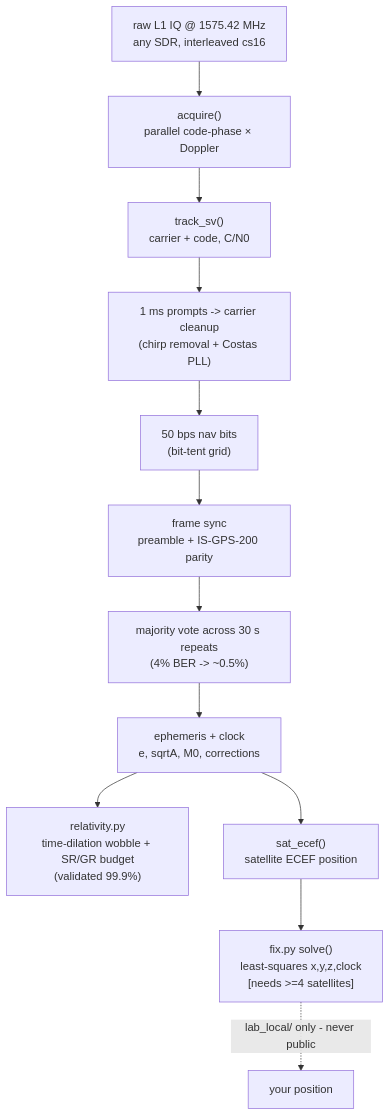
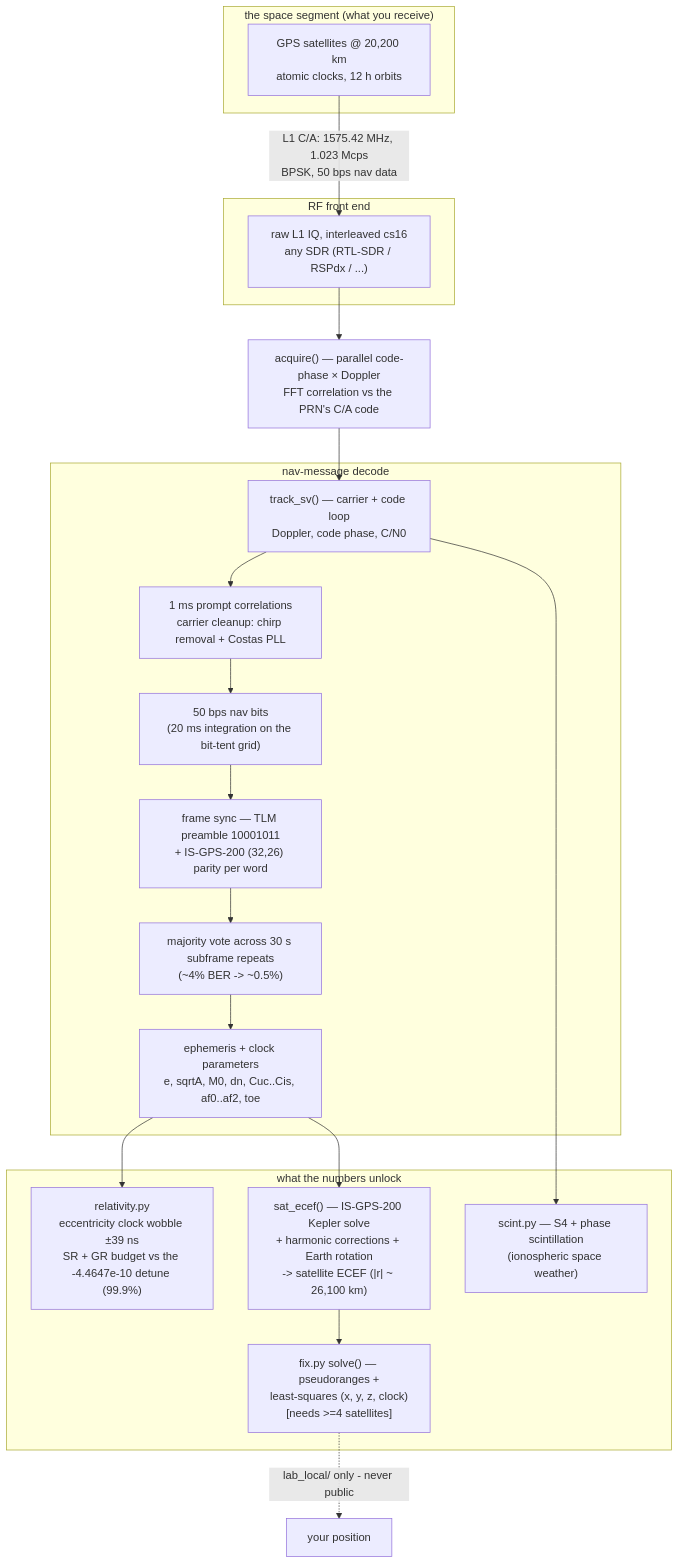
Before and after one commit to Felbs/GPSTuna: the diagram in README.md, drawn with Mermaid. The commit also changed other lines of this file, not shown here.

First line of the commit message:
README: science section (IS-GPS-200 / WGS-84 lineage, inventors, the relativity) + full signal-chain mermaid

````diff
--- a/README.md
+++ b/README.md
@@ -32,14 +32,29 @@
 ```mermaid
 flowchart TD
-  IQ["raw L1 IQ @ 1575.42 MHz<br/>any SDR, interleaved cs16"] --> ACQ["acquire()<br/>parallel code-phase × Doppler"]
-  ACQ --> TRK["track_sv()<br/>carrier + code, C/N0"]
-  TRK --> PR["1 ms prompts -&gt; carrier cleanup<br/>(chirp removal + Costas PLL)"]
-  PR --> BITS["50 bps nav bits<br/>(bit-tent grid)"]
-  BITS --> FR["frame sync<br/>preamble + IS-GPS-200 parity"]
-  FR --> VOTE["majority vote across 30 s repeats<br/>(4% BER -&gt; ~0.5%)"]
-  VOTE --> EPH["ephemeris + clock<br/>e, sqrtA, M0, corrections"]
-  EPH --> REL["relativity.py<br/>time-dilation wobble + SR/GR budget<br/>(validated 99.9%)"]
-  EPH --> ECEF["sat_ecef()<br/>satellite ECEF position"]
-  ECEF --> FIX["fix.py solve()<br/>least-squares x,y,z,clock<br/>[needs &gt;=4 satellites]"]
+  subgraph SPACE["the space segment (what you receive)"]
+    SV["GPS satellites @ 20,200 km<br/>atomic clocks, 12 h orbits"]
+  end
+  SV -->|"L1 C/A: 1575.42 MHz, 1.023 Mcps<br/>BPSK, 50 bps nav data"| IQ
+
+  subgraph FRONT["RF front end"]
+    IQ["raw L1 IQ, interleaved cs16<br/>any SDR (RTL-SDR / RSPdx / ...)"]
+  end
+  IQ --> ACQ["acquire() — parallel code-phase × Doppler<br/>FFT correlation vs the PRN's C/A code"]
+  ACQ --> TRK["track_sv() — carrier + code loop<br/>Doppler, code phase, C/N0"]
+
+  subgraph DECODE["nav-message decode"]
+    TRK --> PR["1 ms prompt correlations<br/>carrier cleanup: chirp removal + Costas PLL"]
+    PR --> BITS["50 bps nav bits<br/>(20 ms integration on the bit-tent grid)"]
+    BITS --> FR["frame sync — TLM preamble 10001011<br/>+ IS-GPS-200 (32,26) parity per word"]
+    FR --> VOTE["majority vote across 30 s subframe repeats<br/>(~4% BER -&gt; ~0.5%)"]
+    VOTE --> EPH["ephemeris + clock parameters<br/>e, sqrtA, M0, dn, Cuc..Cis, af0..af2, toe"]
+  end
+
+  subgraph SCI["what the numbers unlock"]
+    EPH --> REL["relativity.py<br/>eccentricity clock wobble &plusmn;39 ns<br/>SR + GR budget vs the -4.4647e-10 detune (99.9%)"]
+    EPH --> ECEF["sat_ecef() — IS-GPS-200 Kepler solve<br/>+ harmonic corrections + Earth rotation<br/>-&gt; satellite ECEF (|r| ~ 26,100 km)"]
+    TRK --> SCINT["scint.py — S4 + phase scintillation<br/>(ionospheric space weather)"]
+    ECEF --> FIX["fix.py solve() — pseudoranges +<br/>least-squares (x, y, z, clock)<br/>[needs &gt;=4 satellites]"]
+  end
   FIX -. "lab_local/ only - never public" .-> LOC["your position"]
 ```
````
